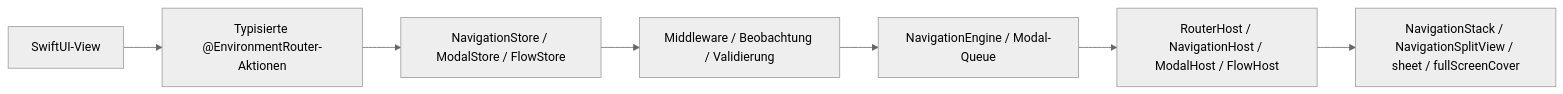
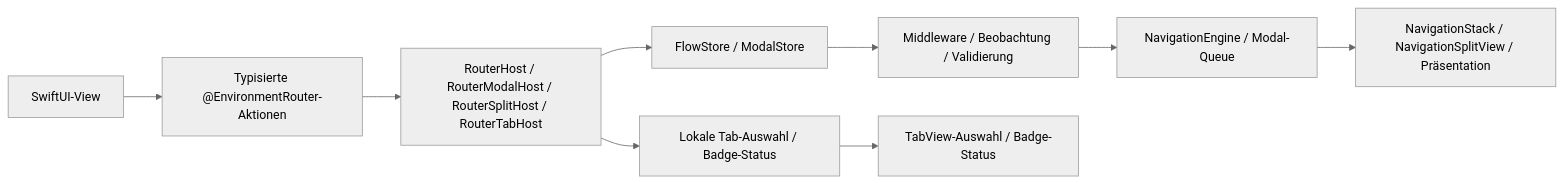
The first of 2 diagrams in README.de.md (InnoSquadCorp/InnoRouter), drawn with Mermaid (neutral theme) before and after one commit. The commit also changed other lines of this file and 9 other files, not shown here.

````diff
--- a/README.de.md
+++ b/README.de.md
@@ -314,9 +396,11 @@
 ```mermaid
 flowchart LR
     View["SwiftUI-View"] --> Actions["Typisierte @EnvironmentRouter-Aktionen"]
-    Actions --> Store["NavigationStore / ModalStore / FlowStore"]
+    Actions --> Host["RouterHost / RouterModalHost / RouterSplitHost / RouterTabHost"]
+    Host --> Store["FlowStore / ModalStore"]
+    Host --> Tabs["Lokale Tab-Auswahl / Badge-Status"]
     Store --> Policy["Middleware / Beobachtung / Validierung"]
     Policy --> Execution["NavigationEngine / Modal-Queue"]
-    Execution --> Host["RouterHost / NavigationHost / ModalHost / FlowHost"]
-    Host --> System["NavigationStack / NavigationSplitView / sheet / fullScreenCover"]
+    Execution --> Routed["NavigationStack / NavigationSplitView / Präsentation"]
+    Tabs --> TabView["TabView-Auswahl / Badge-Status"]
 ```
````
